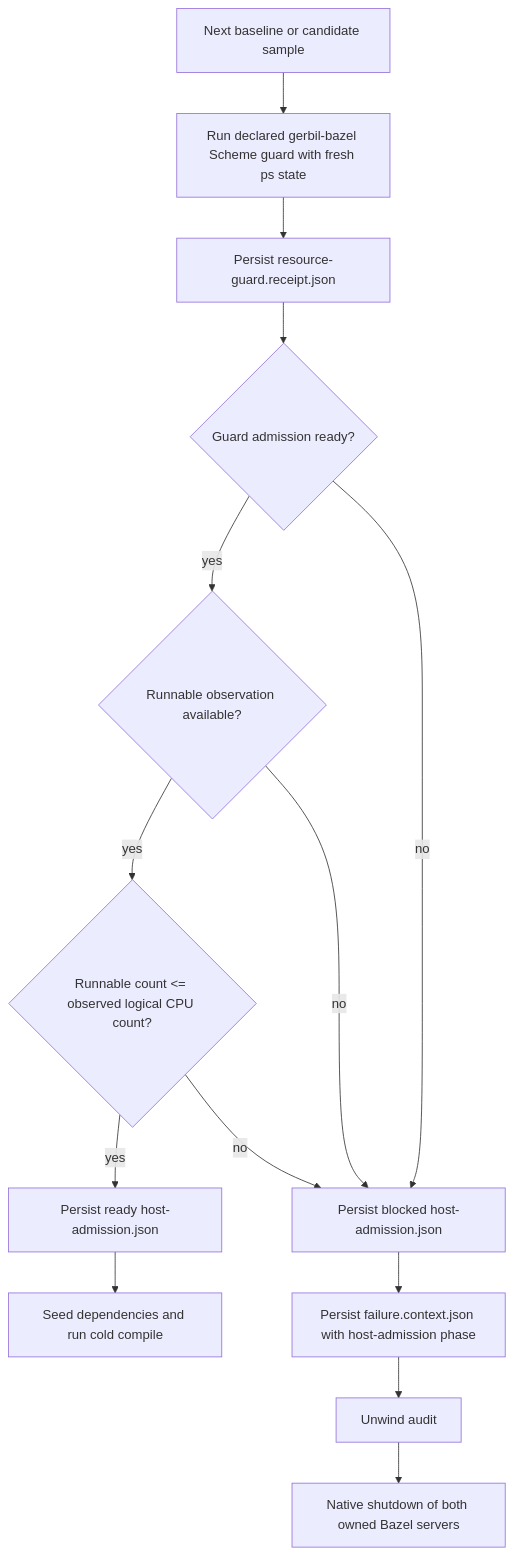
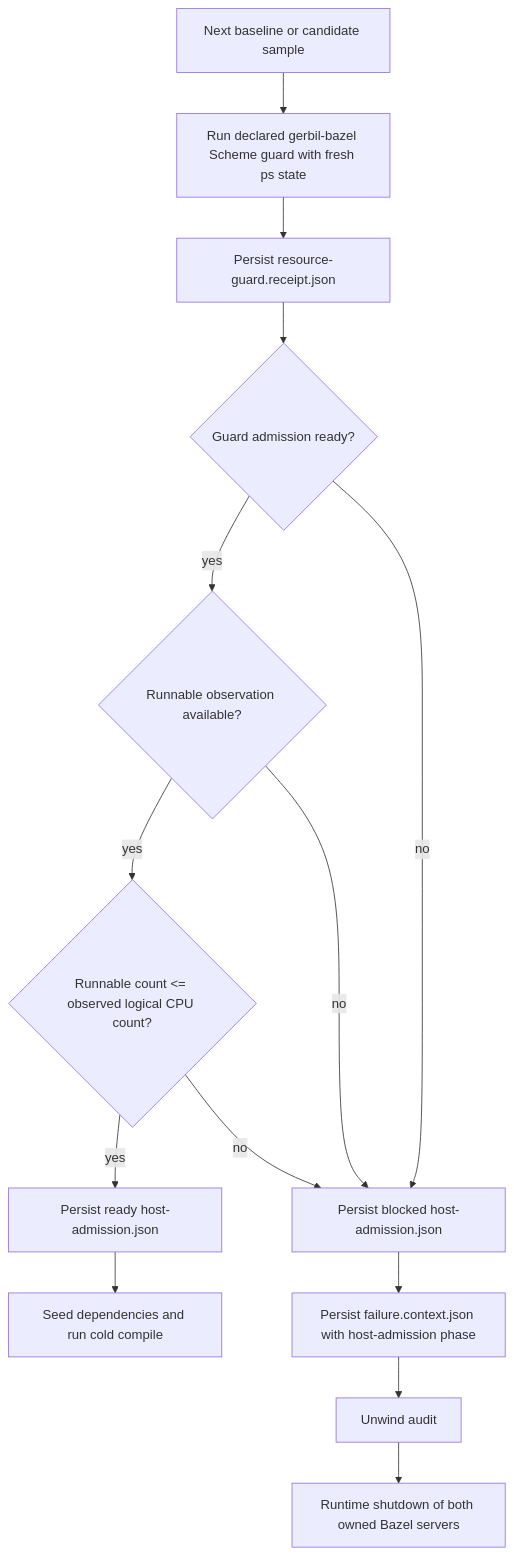
The tenth of 20 diagrams in module-system/design/156-gerbil-bazel-pr29-downstream-performance-receipt.org (tao3k/gebril-yuanxu), drawn with Mermaid before and after one commit. The commit also changed other lines of this file and 1469 other files, not shown here.

```diff
--- a/module-system/design/156-gerbil-bazel-pr29-downstream-performance-receipt.org
+++ b/module-system/design/156-gerbil-bazel-pr29-downstream-performance-receipt.org
@@ -732,29 +732,29 @@
 #+begin_src mermaid
 flowchart TD
   Sample["Next baseline or candidate sample"]
   Guard["Run declared gerbil-bazel Scheme guard with fresh ps state"]
-  NativeReceipt["Persist resource-guard.receipt.json"]
+  RuntimeReceipt["Persist resource-guard.receipt.json"]
   Ready{"Guard admission ready?"}
   Available{"Runnable observation available?"}
   Capacity{"Runnable count <= observed logical CPU count?"}
   Admission["Persist ready host-admission.json"]
   Cold["Seed dependencies and run cold compile"]
   Blocked["Persist blocked host-admission.json"]
   Context["Persist failure.context.json with host-admission phase"]
   Unwind["Unwind audit"]
-  Shutdown["Native shutdown of both owned Bazel servers"]
+  Shutdown["Runtime shutdown of both owned Bazel servers"]
 
   Sample --> Guard
-  Guard --> NativeReceipt
-  NativeReceipt --> Ready
+  Guard --> RuntimeReceipt
+  RuntimeReceipt --> Ready
   Ready -- "yes" --> Available
   Ready -- "no" --> Blocked
   Available -- "yes" --> Capacity
   Available -- "no" --> Blocked
   Capacity -- "yes" --> Admission
   Capacity -- "no" --> Blocked
   Admission --> Cold
   Blocked --> Context
   Context --> Unwind
   Unwind --> Shutdown
 #+end_src
```
